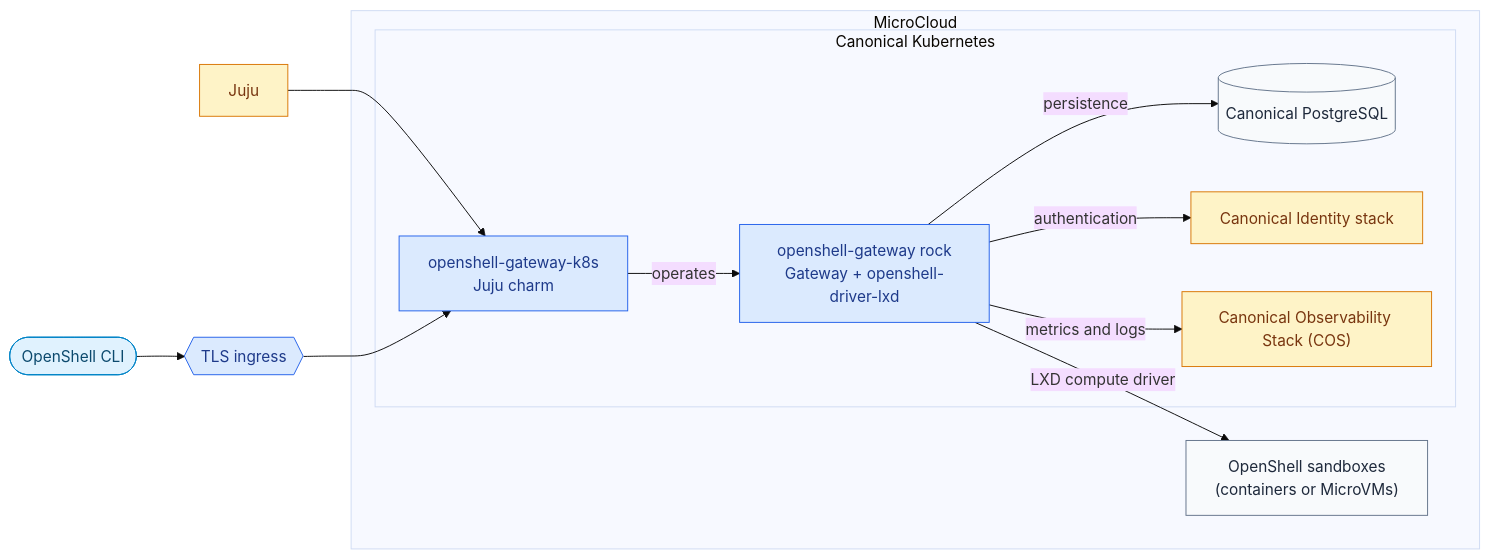
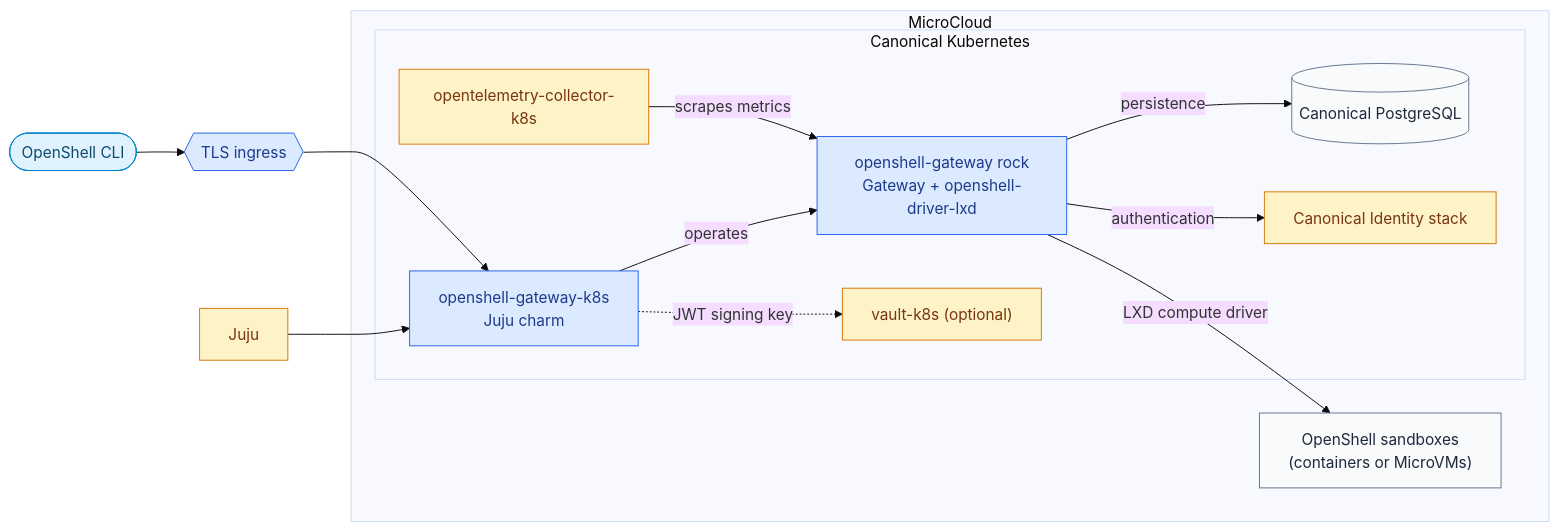
One commit to canonical/charmed-openshell changed the diagram in README.md. Above: the diagram before and after it, drawn with Mermaid (base theme). The commit also changed other lines of this file and 19 other files, not shown here.

First line of the commit message:
feat(gateway): add Prometheus metrics and Vault JWT key storage

````diff
--- a/README.md
+++ b/README.md
@@ -40,33 +41,35 @@
 ```mermaid
 flowchart LR
     cli([OpenShell CLI]) --> ingress{{"TLS ingress"}}
 
     subgraph microcloud["MicroCloud"]
         subgraph kubernetes["Canonical Kubernetes"]
             charm["openshell-gateway-k8s<br/>Juju charm"]
             rock["openshell-gateway rock<br/>Gateway + openshell-driver-lxd"]
             postgres[("Canonical PostgreSQL")]
             identity["Canonical Identity stack"]
-            cos["Canonical Observability Stack (COS)"]
+            collector["opentelemetry-collector-k8s"]
+            vault["vault-k8s (optional)"]
         end
         sandboxes["OpenShell sandboxes<br/>(containers or MicroVMs)"]
     end
 
     juju["Juju"] --> charm
     ingress --> charm
     charm -->|"operates"| rock
     rock -->|"persistence"| postgres
     rock -->|"authentication"| identity
-    rock -->|"metrics and logs"| cos
+    collector -->|"scrapes metrics"| rock
+    charm -.->|"JWT signing key"| vault
     rock -->|"LXD compute driver"| sandboxes
 
     classDef client fill:#e0f2fe,stroke:#0284c7,color:#0c4a6e
     classDef gateway fill:#dbeafe,stroke:#2563eb,color:#1e3a8a
     classDef service fill:#f8fafc,stroke:#64748b,color:#1e293b
     classDef platform fill:#fef3c7,stroke:#d97706,color:#78350f
 
     class cli client
     class ingress,charm,rock gateway
     class postgres,sandboxes service
-    class juju,identity,cos platform
+    class juju,identity,collector,vault platform
 ```
````
